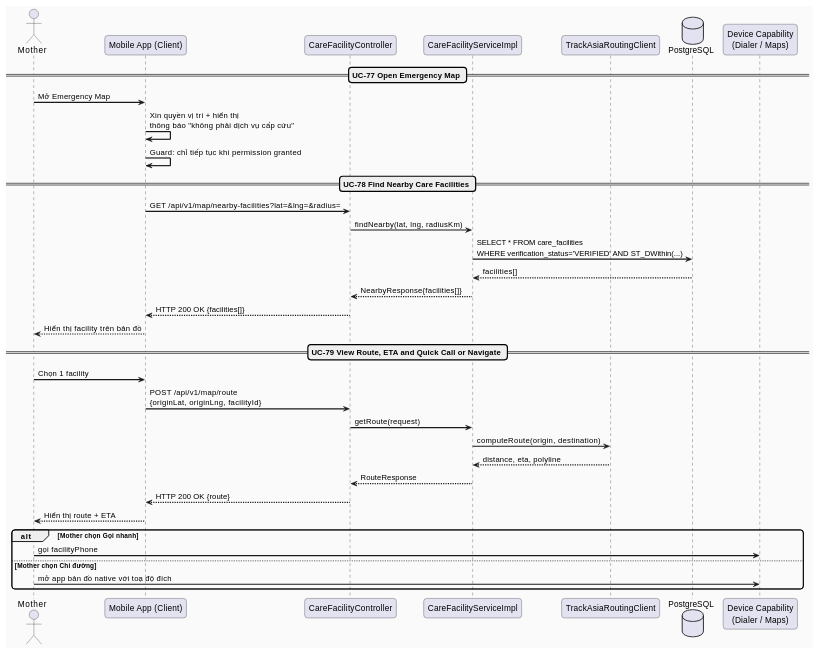
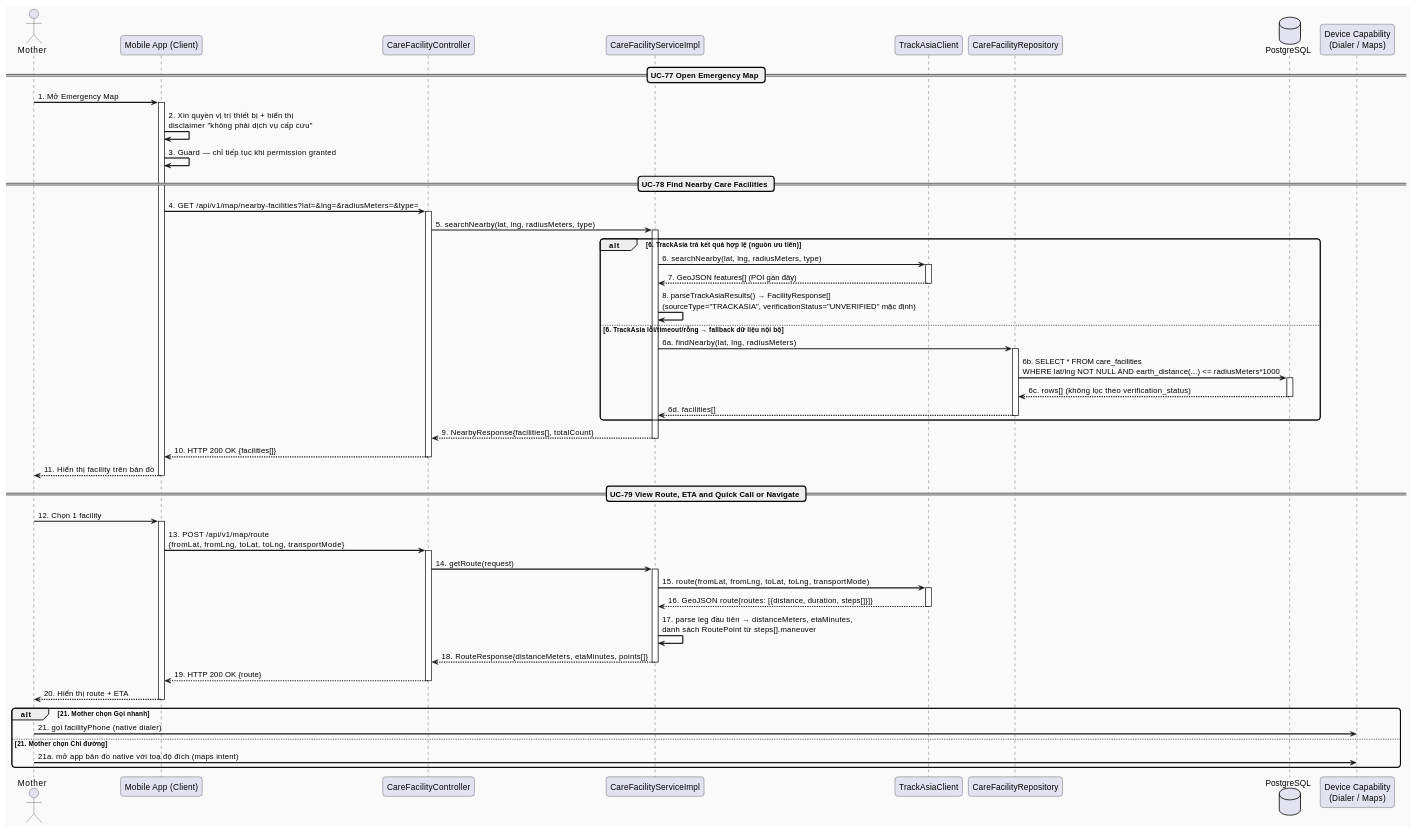
The second of 3 diagrams in docs/Detailed_Design/MF07_Emergency_Map_Nearby_Care_Support/01_Emergency_Map_Facility_Route_Navigation.md (ChuongBDHE172784/CareBridge_SEP490_G79), drawn with PlantUML before and after one commit. The commit also changed other lines of this file and 29 other files, not shown here.

Commit message:
feat: add detailed sequence diagrams to documentation and standardize service-layer interaction flows across modules

````diff
--- a/docs/Detailed_Design/MF07_Emergency_Map_Nearby_Care_Support/01_Emergency_Map_Facility_Route_Navigation.md
+++ b/docs/Detailed_Design/MF07_Emergency_Map_Nearby_Care_Support/01_Emergency_Map_Facility_Route_Navigation.md
@@ -104,46 +104,76 @@
 ```plantuml
 @startuml MF07_01_EmergencyMap_SequenceDiagram
 skinparam sequenceArrowThickness 2
 skinparam roundcorner 10
 skinparam backgroundColor #FAFAFA
 
 actor "Mother" as M
 participant "Mobile App (Client)" as App
 participant "CareFacilityController" as Controller
 participant "CareFacilityServiceImpl" as Service
-participant "TrackAsiaRoutingClient" as Routing
+participant "TrackAsiaClient" as TrackAsia
+participant "CareFacilityRepository" as FacilityRepo
 database "PostgreSQL" as DB
 participant "Device Capability\n(Dialer / Maps)" as Device
 
 == UC-77 Open Emergency Map ==
-M -> App : Mở Emergency Map
-App -> App : Xin quyền vị trí + hiển thị\nthông báo "không phải dịch vụ cấp cứu"
-App -> App : Guard: chỉ tiếp tục khi permission granted
+M -> App : 1. Mở Emergency Map
+activate App
+App -> App : 2. Xin quyền vị trí thiết bị + hiển thị\ndisclaimer "không phải dịch vụ cấp cứu"
+App -> App : 3. Guard — chỉ tiếp tục khi permission granted
 
 == UC-78 Find Nearby Care Facilities ==
-App -> Controller : GET /api/v1/map/nearby-facilities?lat=&lng=&radius=
-Controller -> Service : findNearby(lat, lng, radiusKm)
-Service -> DB : SELECT * FROM care_facilities\nWHERE verification_status='VERIFIED' AND ST_DWithin(...)
-DB --> Service : facilities[]
-Service --> Controller : NearbyResponse{facilities[]}
-Controller --> App : HTTP 200 OK {facilities[]}
-App --> M : Hiển thị facility trên bản đồ
+App -> Controller : 4. GET /api/v1/map/nearby-facilities?lat=&lng=&radiusMeters=&type=
+activate Controller
+Controller -> Service : 5. searchNearby(lat, lng, radiusMeters, type)
+activate Service
+alt 6. TrackAsia trả kết quả hợp lệ (nguồn ưu tiên)
+  Service -> TrackAsia : 6. searchNearby(lat, lng, radiusMeters, type)
+  activate TrackAsia
+  TrackAsia --> Service : 7. GeoJSON features[] (POI gần đây)
+  deactivate TrackAsia
+  Service -> Service : 8. parseTrackAsiaResults() → FacilityResponse[]\n(sourceType="TRACKASIA", verificationStatus="UNVERIFIED" mặc định)
+else 6. TrackAsia lỗi/timeout/rỗng → fallback dữ liệu nội bộ
+  Service -> FacilityRepo : 6a. findNearby(lat, lng, radiusMeters)
+  activate FacilityRepo
+  FacilityRepo -> DB : 6b. SELECT * FROM care_facilities\nWHERE lat/lng NOT NULL AND earth_distance(...) <= radiusMeters*1000
+  activate DB
+  DB --> FacilityRepo : 6c. rows[] (không lọc theo verification_status)
+  deactivate DB
+  FacilityRepo --> Service : 6d. facilities[]
+  deactivate FacilityRepo
+end
+Service --> Controller : 9. NearbyResponse{facilities[], totalCount}
+deactivate Service
+Controller --> App : 10. HTTP 200 OK {facilities[]}
+deactivate Controller
+App --> M : 11. Hiển thị facility trên bản đồ
+deactivate App
 
 == UC-79 View Route, ETA and Quick Call or Navigate ==
-M -> App : Chọn 1 facility
-App -> Controller : POST /api/v1/map/route\n{originLat, originLng, facilityId}
-Controller -> Service : getRoute(request)
-Service -> Routing : computeRoute(origin, destination)
-Routing --> Service : distance, eta, polyline
-Service --> Controller : RouteResponse
-Controller --> App : HTTP 200 OK {route}
-App --> M : Hiển thị route + ETA
+M -> App : 12. Chọn 1 facility
+activate App
+App -> Controller : 13. POST /api/v1/map/route\n{fromLat, fromLng, toLat, toLng, transportMode}
+activate Controller
+Controller -> Service : 14. getRoute(request)
+activate Service
+Service -> TrackAsia : 15. route(fromLat, fromLng, toLat, toLng, transportMode)
+activate TrackAsia
+TrackAsia --> Service : 16. GeoJSON route{routes: [{distance, duration, steps[]}]}
+deactivate TrackAsia
+Service -> Service : 17. parse leg đầu tiên → distanceMeters, etaMinutes,\ndanh sách RoutePoint từ steps[].maneuver
+Service --> Controller : 18. RouteResponse{distanceMeters, etaMinutes, points[]}
+deactivate Service
+Controller --> App : 19. HTTP 200 OK {route}
+deactivate Controller
+App --> M : 20. Hiển thị route + ETA
+deactivate App
 
-alt Mother chọn Gọi nhanh
-  M -> Device : gọi facilityPhone
-else Mother chọn Chỉ đường
-  M -> Device : mở app bản đồ native với toạ độ đích
+alt 21. Mother chọn Gọi nhanh
+  M -> Device : 21. gọi facilityPhone (native dialer)
+else 21. Mother chọn Chỉ đường
+  M -> Device : 21a. mở app bản đồ native với toạ độ đích (maps intent)
 end
 
 @enduml
 ```
````
